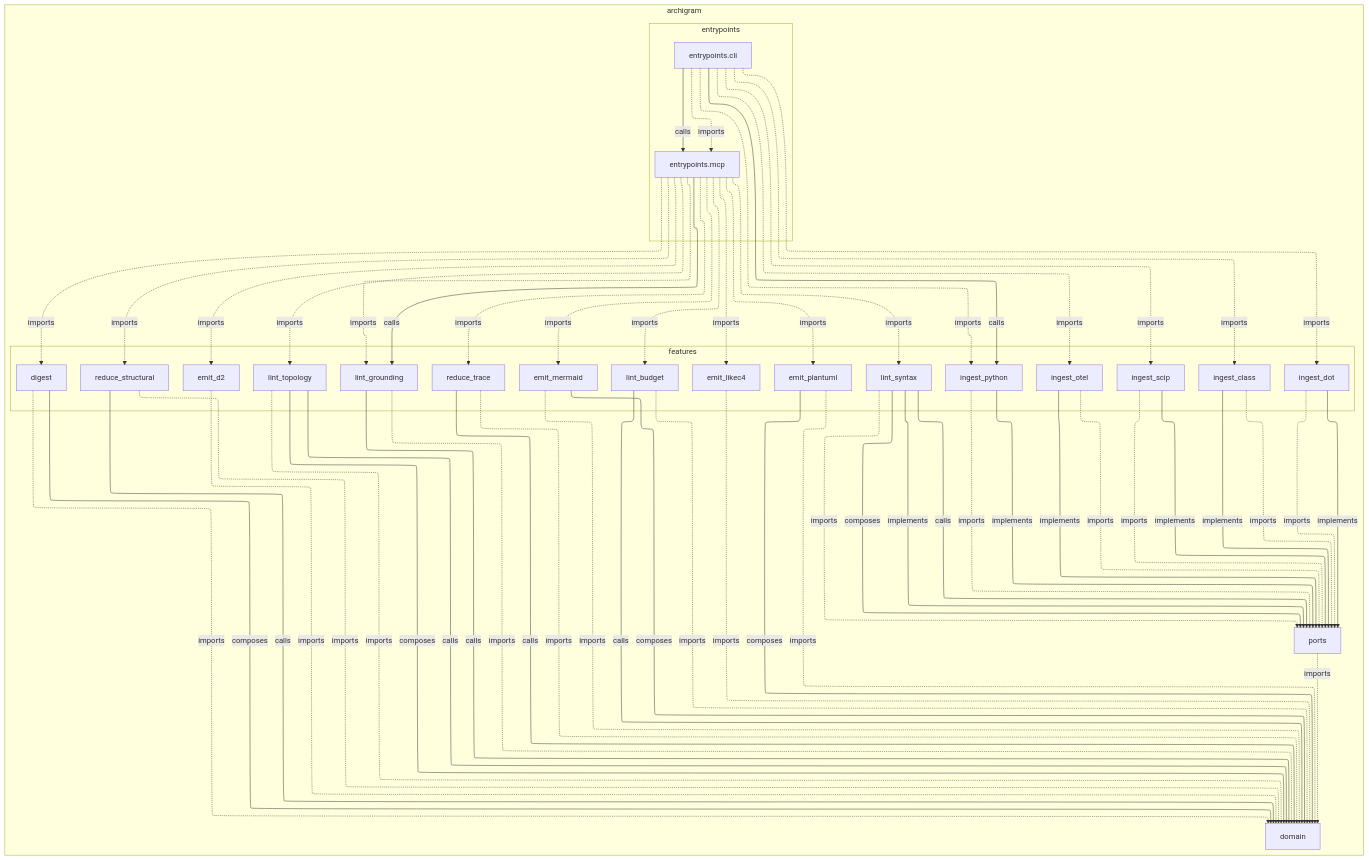
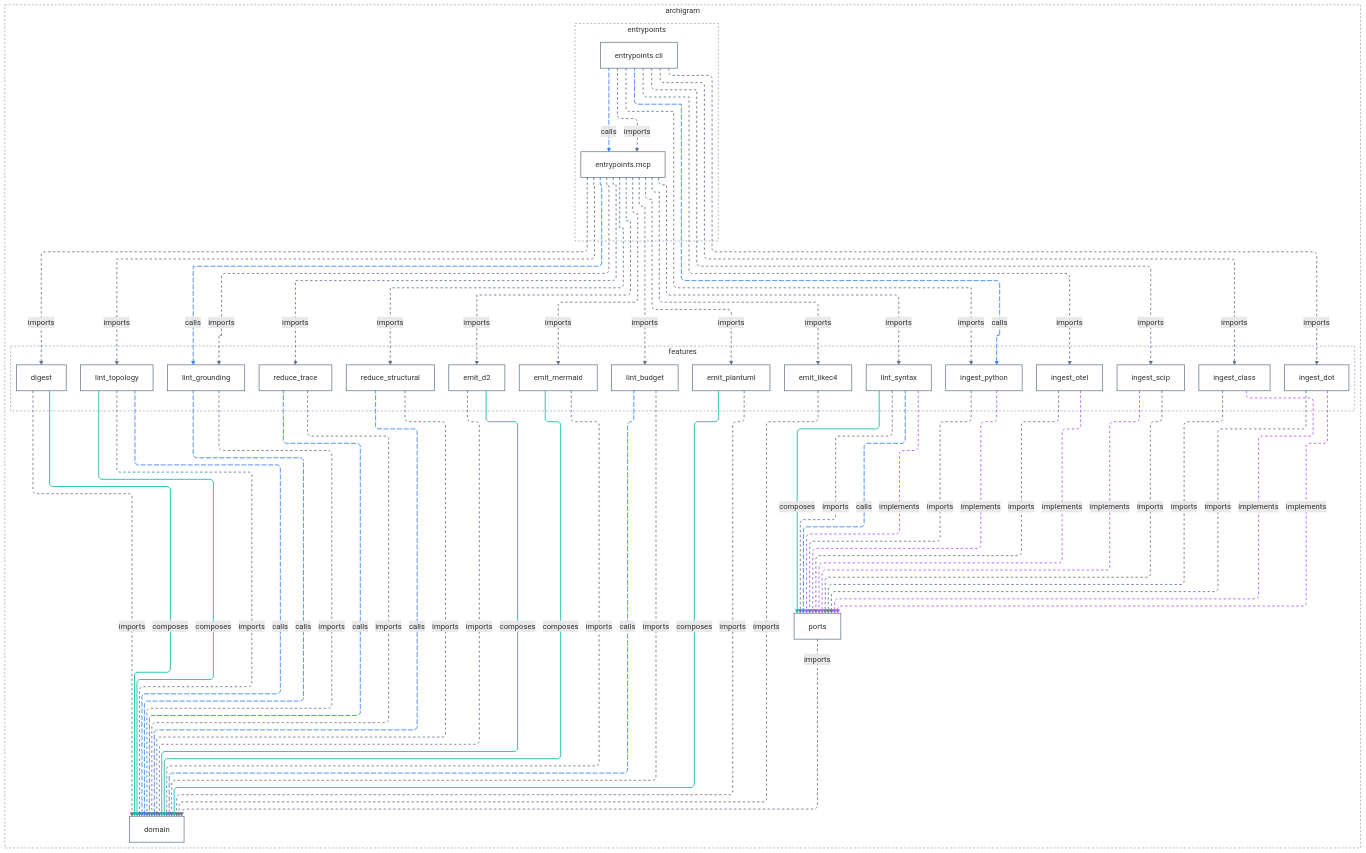
One commit to klcd/archigram changed the diagram in docs/architecture/diagrams/l1_feature_slices_mermaid.mmd. Above: the diagram before and after it, drawn with Mermaid. The commit also changed 58 other files, not shown here.

```diff
--- a/docs/architecture/diagrams/l1_feature_slices_mermaid.mmd
+++ b/docs/architecture/diagrams/l1_feature_slices_mermaid.mmd
@@ -1,85 +1,169 @@
 ---
 config:
   layout: elk
+  look: classic
+  elk:
+    mergeEdges: false
+    nodePlacementStrategy: BRANDES_KOEPF
+  flowchart:
+    curve: linear
+  themeVariables:
+    primaryColor: transparent
+    secondaryColor: transparent
+    tertiaryColor: transparent
+    mainBkg: transparent
+    nodeBorder: '#64748b'
+    clusterBkg: transparent
+    clusterBorder: '#64748b'
+    lineColor: '#64748b'
 ---
 flowchart TD
+  classDef default fill:transparent,stroke:#64748b,stroke-width:1.5px
   subgraph n_0_archigram_983b03["archigram"]
     subgraph n_1_archigram_entryp_6a8ce0["entrypoints"]
       n_9_entrypoints_cli_4bc091["entrypoints.cli"]
       n_10_entrypoints_mcp_55388b["entrypoints.mcp"]
     end
     subgraph n_2_archigram_featur_e6f01e["features"]
       n_3_digest_0bf474["digest"]
       n_5_emit_d2_620ecc["emit_d2"]
       n_6_emit_likec4_1b4b94["emit_likec4"]
       n_7_emit_mermaid_1088af["emit_mermaid"]
       n_8_emit_plantuml_e13ade["emit_plantuml"]
       n_11_ingest_class_b85511["ingest_class"]
       n_12_ingest_dot_b06b1d["ingest_dot"]
       n_13_ingest_otel_03f3a3["ingest_otel"]
       n_14_ingest_python_d587ef["ingest_python"]
       n_15_ingest_scip_e323c8["ingest_scip"]
       n_16_lint_budget_5ef046["lint_budget"]
       n_17_lint_grounding_60eca0["lint_grounding"]
       n_18_lint_syntax_703d04["lint_syntax"]
       n_19_lint_topology_df2e1d["lint_topology"]
       n_21_reduce_structura_382821["reduce_structural"]
       n_22_reduce_trace_a80f36["reduce_trace"]
     end
     n_4_domain_f2ff83["domain"]
     n_20_ports_87afb3["ports"]
   end
+  style n_0_archigram_983b03 fill:transparent,stroke:#64748b,stroke-width:1px,stroke-dasharray:4 4
+  style n_1_archigram_entryp_6a8ce0 fill:transparent,stroke:#64748b,stroke-width:1px,stroke-dasharray:4 4
+  style n_2_archigram_featur_e6f01e fill:transparent,stroke:#64748b,stroke-width:1px,stroke-dasharray:4 4
   n_10_entrypoints_mcp_55388b -.->|"imports"| n_3_digest_0bf474
   n_19_lint_topology_df2e1d -.->|"imports"| n_4_domain_f2ff83
   n_7_emit_mermaid_1088af -.->|"imports"| n_4_domain_f2ff83
   n_3_digest_0bf474 -.->|"imports"| n_4_domain_f2ff83
-  n_17_lint_grounding_60eca0 -->|"calls"| n_4_domain_f2ff83
+  n_17_lint_grounding_60eca0 e_4@-->|"calls"| n_4_domain_f2ff83
+  e_4@{ animate: true }
   n_5_emit_d2_620ecc -.->|"imports"| n_4_domain_f2ff83
   n_3_digest_0bf474 -->|"composes"| n_4_domain_f2ff83
-  n_16_lint_budget_5ef046 -->|"calls"| n_4_domain_f2ff83
-  n_22_reduce_trace_a80f36 -->|"calls"| n_4_domain_f2ff83
+  n_16_lint_budget_5ef046 e_7@-->|"calls"| n_4_domain_f2ff83
+  e_7@{ animate: true }
+  n_22_reduce_trace_a80f36 e_8@-->|"calls"| n_4_domain_f2ff83
+  e_8@{ animate: true }
   n_19_lint_topology_df2e1d -->|"composes"| n_4_domain_f2ff83
-  n_19_lint_topology_df2e1d -->|"calls"| n_4_domain_f2ff83
+  n_19_lint_topology_df2e1d e_10@-->|"calls"| n_4_domain_f2ff83
+  e_10@{ animate: true }
   n_22_reduce_trace_a80f36 -.->|"imports"| n_4_domain_f2ff83
   n_17_lint_grounding_60eca0 -.->|"imports"| n_4_domain_f2ff83
   n_8_emit_plantuml_e13ade -->|"composes"| n_4_domain_f2ff83
+  n_5_emit_d2_620ecc -->|"composes"| n_4_domain_f2ff83
   n_20_ports_87afb3 -.->|"imports"| n_4_domain_f2ff83
   n_21_reduce_structura_382821 -.->|"imports"| n_4_domain_f2ff83
   n_16_lint_budget_5ef046 -.->|"imports"| n_4_domain_f2ff83
   n_8_emit_plantuml_e13ade -.->|"imports"| n_4_domain_f2ff83
   n_7_emit_mermaid_1088af -->|"composes"| n_4_domain_f2ff83
   n_6_emit_likec4_1b4b94 -.->|"imports"| n_4_domain_f2ff83
-  n_21_reduce_structura_382821 -->|"calls"| n_4_domain_f2ff83
+  n_21_reduce_structura_382821 e_21@-->|"calls"| n_4_domain_f2ff83
+  e_21@{ animate: true }
   n_10_entrypoints_mcp_55388b -.->|"imports"| n_5_emit_d2_620ecc
   n_10_entrypoints_mcp_55388b -.->|"imports"| n_6_emit_likec4_1b4b94
   n_10_entrypoints_mcp_55388b -.->|"imports"| n_7_emit_mermaid_1088af
   n_10_entrypoints_mcp_55388b -.->|"imports"| n_8_emit_plantuml_e13ade
   n_9_entrypoints_cli_4bc091 -.->|"imports"| n_11_ingest_class_b85511
   n_9_entrypoints_cli_4bc091 -.->|"imports"| n_12_ingest_dot_b06b1d
   n_9_entrypoints_cli_4bc091 -.->|"imports"| n_13_ingest_otel_03f3a3
-  n_9_entrypoints_cli_4bc091 -->|"calls"| n_14_ingest_python_d587ef
+  n_9_entrypoints_cli_4bc091 e_29@-->|"calls"| n_14_ingest_python_d587ef
+  e_29@{ animate: true }
   n_9_entrypoints_cli_4bc091 -.->|"imports"| n_14_ingest_python_d587ef
   n_9_entrypoints_cli_4bc091 -.->|"imports"| n_15_ingest_scip_e323c8
   n_10_entrypoints_mcp_55388b -.->|"imports"| n_16_lint_budget_5ef046
-  n_10_entrypoints_mcp_55388b -->|"calls"| n_17_lint_grounding_60eca0
+  n_10_entrypoints_mcp_55388b e_33@-->|"calls"| n_17_lint_grounding_60eca0
+  e_33@{ animate: true }
   n_10_entrypoints_mcp_55388b -.->|"imports"| n_17_lint_grounding_60eca0
   n_10_entrypoints_mcp_55388b -.->|"imports"| n_18_lint_syntax_703d04
   n_10_entrypoints_mcp_55388b -.->|"imports"| n_19_lint_topology_df2e1d
   n_9_entrypoints_cli_4bc091 -.->|"imports"| n_10_entrypoints_mcp_55388b
-  n_9_entrypoints_cli_4bc091 -->|"calls"| n_10_entrypoints_mcp_55388b
+  n_9_entrypoints_cli_4bc091 e_38@-->|"calls"| n_10_entrypoints_mcp_55388b
+  e_38@{ animate: true }
   n_18_lint_syntax_703d04 -.->|"imports"| n_20_ports_87afb3
-  n_14_ingest_python_d587ef -->|"implements"| n_20_ports_87afb3
+  n_14_ingest_python_d587ef -.->|"implements"| n_20_ports_87afb3
   n_14_ingest_python_d587ef -.->|"imports"| n_20_ports_87afb3
   n_13_ingest_otel_03f3a3 -.->|"imports"| n_20_ports_87afb3
-  n_13_ingest_otel_03f3a3 -->|"implements"| n_20_ports_87afb3
-  n_18_lint_syntax_703d04 -->|"implements"| n_20_ports_87afb3
-  n_15_ingest_scip_e323c8 -->|"implements"| n_20_ports_87afb3
+  n_13_ingest_otel_03f3a3 -.->|"implements"| n_20_ports_87afb3
+  n_18_lint_syntax_703d04 -.->|"implements"| n_20_ports_87afb3
+  n_15_ingest_scip_e323c8 -.->|"implements"| n_20_ports_87afb3
   n_15_ingest_scip_e323c8 -.->|"imports"| n_20_ports_87afb3
   n_12_ingest_dot_b06b1d -.->|"imports"| n_20_ports_87afb3
   n_11_ingest_class_b85511 -.->|"imports"| n_20_ports_87afb3
-  n_11_ingest_class_b85511 -->|"implements"| n_20_ports_87afb3
-  n_18_lint_syntax_703d04 -->|"calls"| n_20_ports_87afb3
-  n_12_ingest_dot_b06b1d -->|"implements"| n_20_ports_87afb3
+  n_11_ingest_class_b85511 -.->|"implements"| n_20_ports_87afb3
+  n_18_lint_syntax_703d04 e_50@-->|"calls"| n_20_ports_87afb3
+  e_50@{ animate: true }
+  n_12_ingest_dot_b06b1d -.->|"implements"| n_20_ports_87afb3
   n_18_lint_syntax_703d04 -->|"composes"| n_20_ports_87afb3
   n_10_entrypoints_mcp_55388b -.->|"imports"| n_21_reduce_structura_382821
   n_10_entrypoints_mcp_55388b -.->|"imports"| n_22_reduce_trace_a80f36
+  linkStyle 0 stroke:#64748b,stroke-width:1.75px,stroke-dasharray:5 5
+  linkStyle 1 stroke:#64748b,stroke-width:1.75px,stroke-dasharray:5 5
+  linkStyle 2 stroke:#64748b,stroke-width:1.75px,stroke-dasharray:5 5
+  linkStyle 3 stroke:#64748b,stroke-width:1.75px,stroke-dasharray:5 5
+  linkStyle 4 stroke:#3b82f6,stroke-width:1.75px
+  linkStyle 5 stroke:#64748b,stroke-width:1.75px,stroke-dasharray:5 5
+  linkStyle 6 stroke:#14b8a6,stroke-width:1.75px
+  linkStyle 7 stroke:#3b82f6,stroke-width:1.75px
+  linkStyle 8 stroke:#3b82f6,stroke-width:1.75px
+  linkStyle 9 stroke:#14b8a6,stroke-width:1.75px
+  linkStyle 10 stroke:#3b82f6,stroke-width:1.75px
+  linkStyle 11 stroke:#64748b,stroke-width:1.75px,stroke-dasharray:5 5
+  linkStyle 12 stroke:#64748b,stroke-width:1.75px,stroke-dasharray:5 5
+  linkStyle 13 stroke:#14b8a6,stroke-width:1.75px
+  linkStyle 14 stroke:#14b8a6,stroke-width:1.75px
+  linkStyle 15 stroke:#64748b,stroke-width:1.75px,stroke-dasharray:5 5
+  linkStyle 16 stroke:#64748b,stroke-width:1.75px,stroke-dasharray:5 5
+  linkStyle 17 stroke:#64748b,stroke-width:1.75px,stroke-dasharray:5 5
+  linkStyle 18 stroke:#64748b,stroke-width:1.75px,stroke-dasharray:5 5
+  linkStyle 19 stroke:#14b8a6,stroke-width:1.75px
+  linkStyle 20 stroke:#64748b,stroke-width:1.75px,stroke-dasharray:5 5
+  linkStyle 21 stroke:#3b82f6,stroke-width:1.75px
+  linkStyle 22 stroke:#64748b,stroke-width:1.75px,stroke-dasharray:5 5
+  linkStyle 23 stroke:#64748b,stroke-width:1.75px,stroke-dasharray:5 5
+  linkStyle 24 stroke:#64748b,stroke-width:1.75px,stroke-dasharray:5 5
+  linkStyle 25 stroke:#64748b,stroke-width:1.75px,stroke-dasharray:5 5
+  linkStyle 26 stroke:#64748b,stroke-width:1.75px,stroke-dasharray:5 5
+  linkStyle 27 stroke:#64748b,stroke-width:1.75px,stroke-dasharray:5 5
+  linkStyle 28 stroke:#64748b,stroke-width:1.75px,stroke-dasharray:5 5
+  linkStyle 29 stroke:#3b82f6,stroke-width:1.75px
+  linkStyle 30 stroke:#64748b,stroke-width:1.75px,stroke-dasharray:5 5
+  linkStyle 31 stroke:#64748b,stroke-width:1.75px,stroke-dasharray:5 5
+  linkStyle 32 stroke:#64748b,stroke-width:1.75px,stroke-dasharray:5 5
+  linkStyle 33 stroke:#3b82f6,stroke-width:1.75px
+  linkStyle 34 stroke:#64748b,stroke-width:1.75px,stroke-dasharray:5 5
+  linkStyle 35 stroke:#64748b,stroke-width:1.75px,stroke-dasharray:5 5
+  linkStyle 36 stroke:#64748b,stroke-width:1.75px,stroke-dasharray:5 5
+  linkStyle 37 stroke:#64748b,stroke-width:1.75px,stroke-dasharray:5 5
+  linkStyle 38 stroke:#3b82f6,stroke-width:1.75px
+  linkStyle 39 stroke:#64748b,stroke-width:1.75px,stroke-dasharray:5 5
+  linkStyle 40 stroke:#a855f7,stroke-width:1.75px,stroke-dasharray:5 5
+  linkStyle 41 stroke:#64748b,stroke-width:1.75px,stroke-dasharray:5 5
+  linkStyle 42 stroke:#64748b,stroke-width:1.75px,stroke-dasharray:5 5
+  linkStyle 43 stroke:#a855f7,stroke-width:1.75px,stroke-dasharray:5 5
+  linkStyle 44 stroke:#a855f7,stroke-width:1.75px,stroke-dasharray:5 5
+  linkStyle 45 stroke:#a855f7,stroke-width:1.75px,stroke-dasharray:5 5
+  linkStyle 46 stroke:#64748b,stroke-width:1.75px,stroke-dasharray:5 5
+  linkStyle 47 stroke:#64748b,stroke-width:1.75px,stroke-dasharray:5 5
+  linkStyle 48 stroke:#64748b,stroke-width:1.75px,stroke-dasharray:5 5
+  linkStyle 49 stroke:#a855f7,stroke-width:1.75px,stroke-dasharray:5 5
+  linkStyle 50 stroke:#3b82f6,stroke-width:1.75px
+  linkStyle 51 stroke:#a855f7,stroke-width:1.75px,stroke-dasharray:5 5
+  linkStyle 52 stroke:#14b8a6,stroke-width:1.75px
+  linkStyle 53 stroke:#64748b,stroke-width:1.75px,stroke-dasharray:5 5
+  linkStyle 54 stroke:#64748b,stroke-width:1.75px,stroke-dasharray:5 5
```
